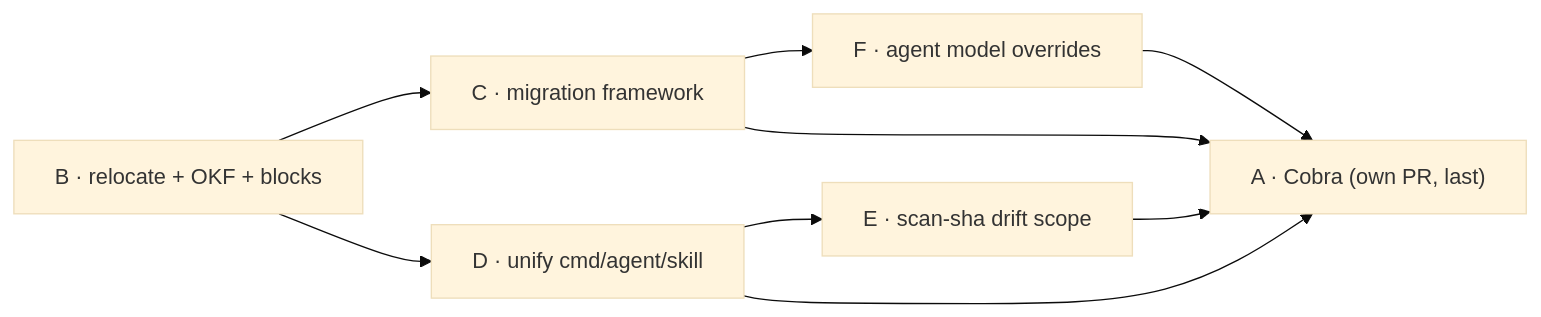
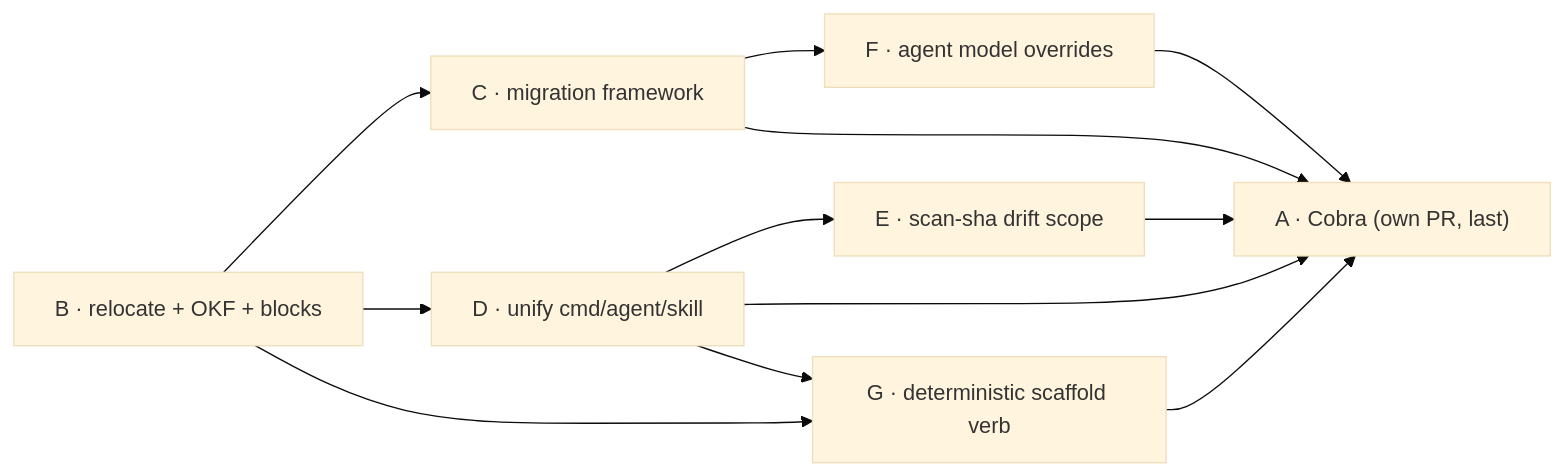
The second of 2 diagrams in docs/design/signals-wiki-unification.md (damusix/atomic-claude), drawn with Mermaid (base theme) before and after one commit. The commit also changed other lines of this file and 1 other file, not shown here.

First line of the commit message:
docs(design): plan deterministic wiki scaffold verb (workstream G)

````diff
--- a/docs/design/signals-wiki-unification.md
+++ b/docs/design/signals-wiki-unification.md
@@ -218,11 +236,14 @@
 ```mermaid
 flowchart LR
     B["B · relocate + OKF + blocks"] --> C["C · migration framework"]
     B --> D["D · unify cmd/agent/skill"]
     D --> E["E · scan-sha drift scope"]
     C --> F["F · agent model overrides"]
     C --> A["A · Cobra (own PR, last)"]
     D --> A
     E --> A
     F --> A
+    B --> G["G · deterministic scaffold verb"]
+    D --> G
+    G --> A
 ```
````
